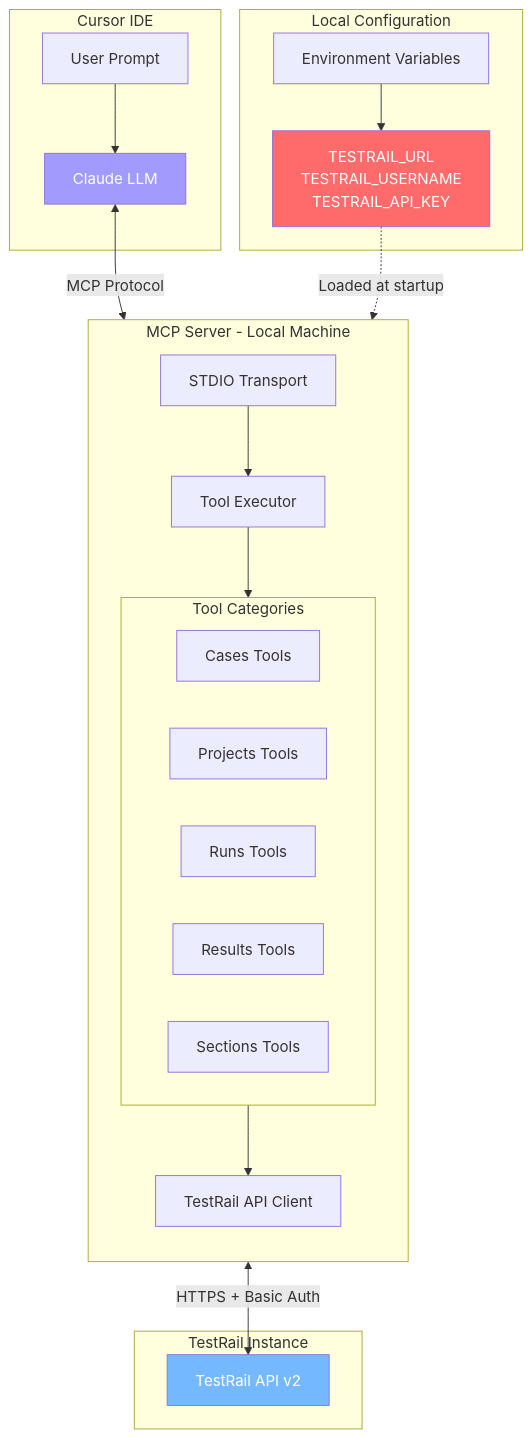
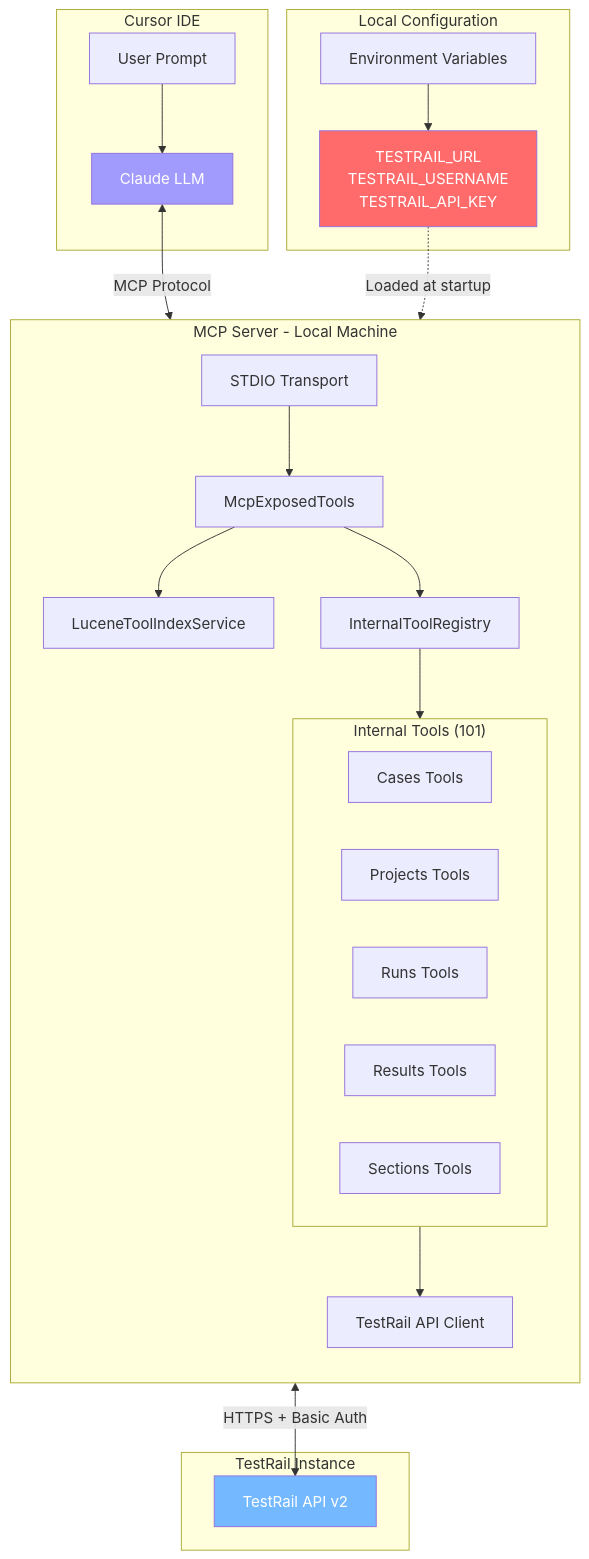
Before and after one commit to maheshyaddanapudi/testrail-mcp-server: the first of 2 diagrams in README.md, drawn with Mermaid. The commit also changed other lines of this file and 11 other files, not shown here.

````diff
--- a/README.md
+++ b/README.md
@@ -46,46 +46,50 @@
 ```mermaid
 flowchart TB
     subgraph IDE["Cursor IDE"]
         UP[User Prompt]
         LLM[Claude LLM]
         UP --> LLM
     end
 
     subgraph MCP["MCP Server - Local Machine"]
         direction TB
         STDIO[STDIO Transport]
-        TE[Tool Executor]
+        McpExposed[McpExposedTools]
+        Lucene[LuceneToolIndexService]
+        Registry[InternalToolRegistry]
 
-        subgraph Tools["Tool Categories"]
+        subgraph Tools["Internal Tools (101)"]
             CT[Cases Tools]
             PT[Projects Tools]
             RT[Runs Tools]
             RST[Results Tools]
             ST[Sections Tools]
         end
 
         TC[TestRail API Client]
 
-        STDIO --> TE
-        TE --> Tools
+        STDIO --> McpExposed
+        McpExposed --> Lucene
+        McpExposed --> Registry
+        Registry --> Tools
         Tools --> TC
     end
 
     subgraph Config["Local Configuration"]
         ENV[Environment Variables]
         CREDS["TESTRAIL_URL<br/>TESTRAIL_USERNAME<br/>TESTRAIL_API_KEY"]
         ENV --> CREDS
     end
 
     subgraph TR["TestRail Instance"]
         API[TestRail API v2]
     end
 
     LLM <-->|MCP Protocol| STDIO
     TC <-->|HTTPS + Basic Auth| API
     CREDS -.->|Loaded at startup| TC
 
     style CREDS fill:#ff6b6b,color:#fff
     style LLM fill:#a29bfe,color:#fff
     style API fill:#74b9ff,color:#fff
 ```
````
